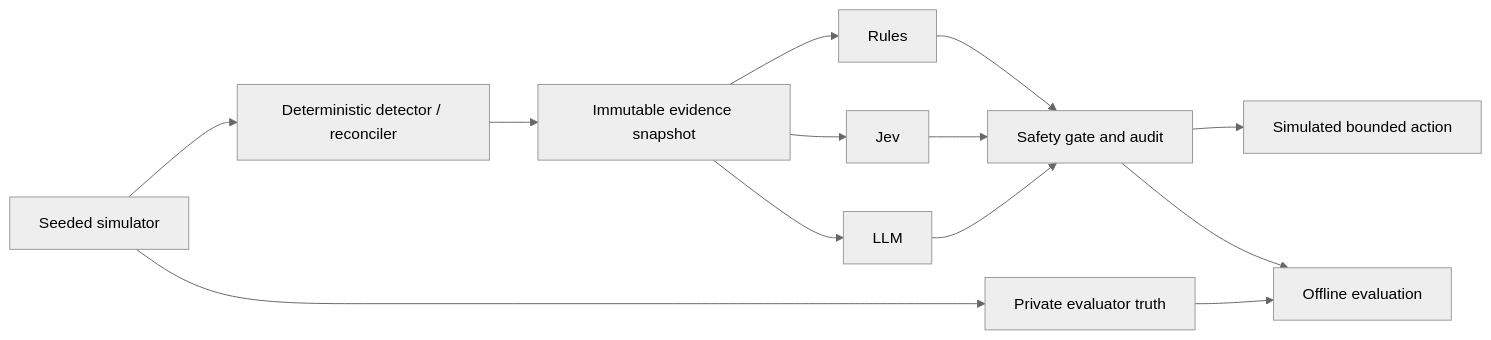
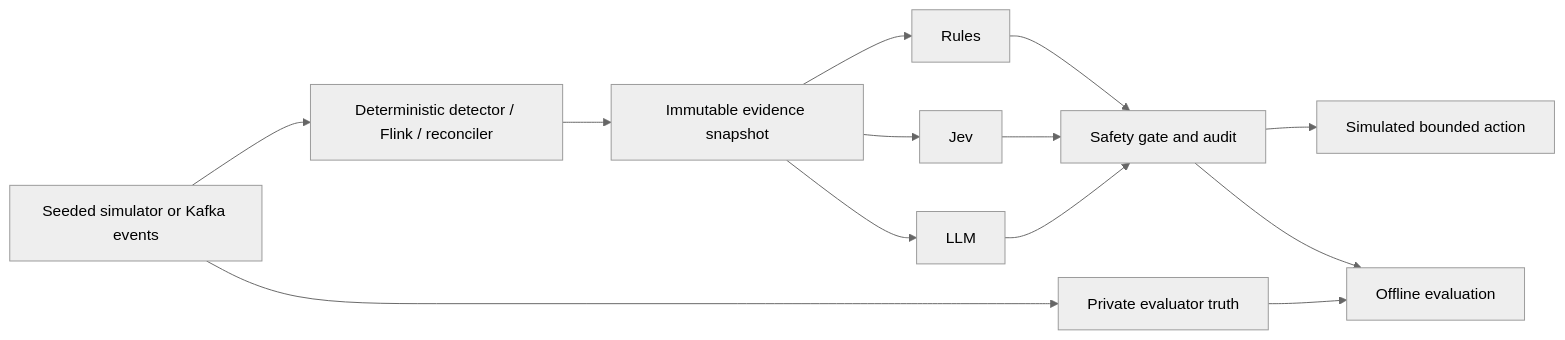
One commit to omerfeyzioglu/JevOps changed the diagram in docs/architecture.md. Above: the diagram before and after it, drawn with Mermaid (neutral theme). The commit also changed other lines of this file and 21 other files, not shown here.

````diff
--- a/docs/architecture.md
+++ b/docs/architecture.md
@@ -5,15 +5,15 @@
 ```mermaid
 flowchart LR
-    S[Seeded simulator] --> D[Deterministic detector / reconciler]
+    S[Seeded simulator or Kafka events] --> D[Deterministic detector / Flink / reconciler]
     D --> E[Immutable evidence snapshot]
     E --> R[Rules]
     E --> J[Jev]
     E --> L[LLM]
     R --> G[Safety gate and audit]
     J --> G
     L --> G
     G --> A[Simulated bounded action]
     S --> T[Private evaluator truth]
     T --> V[Offline evaluation]
     G --> V
 ```
````
